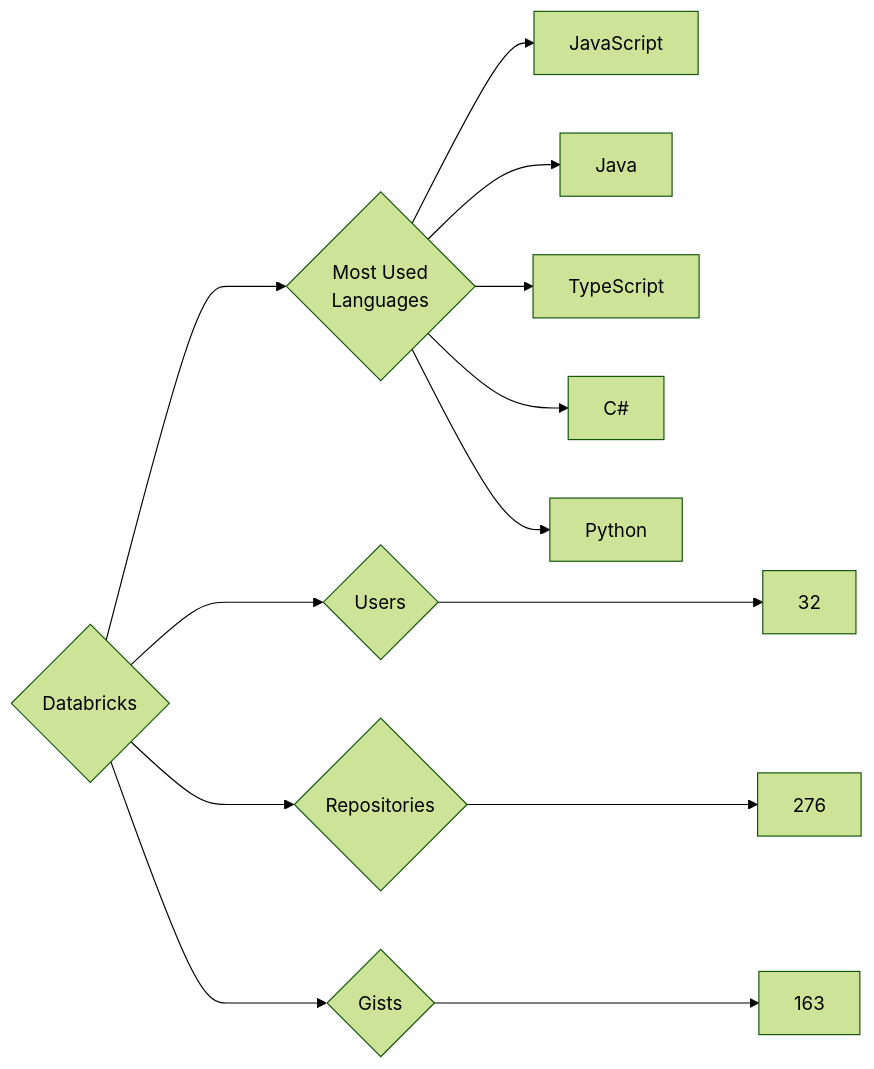
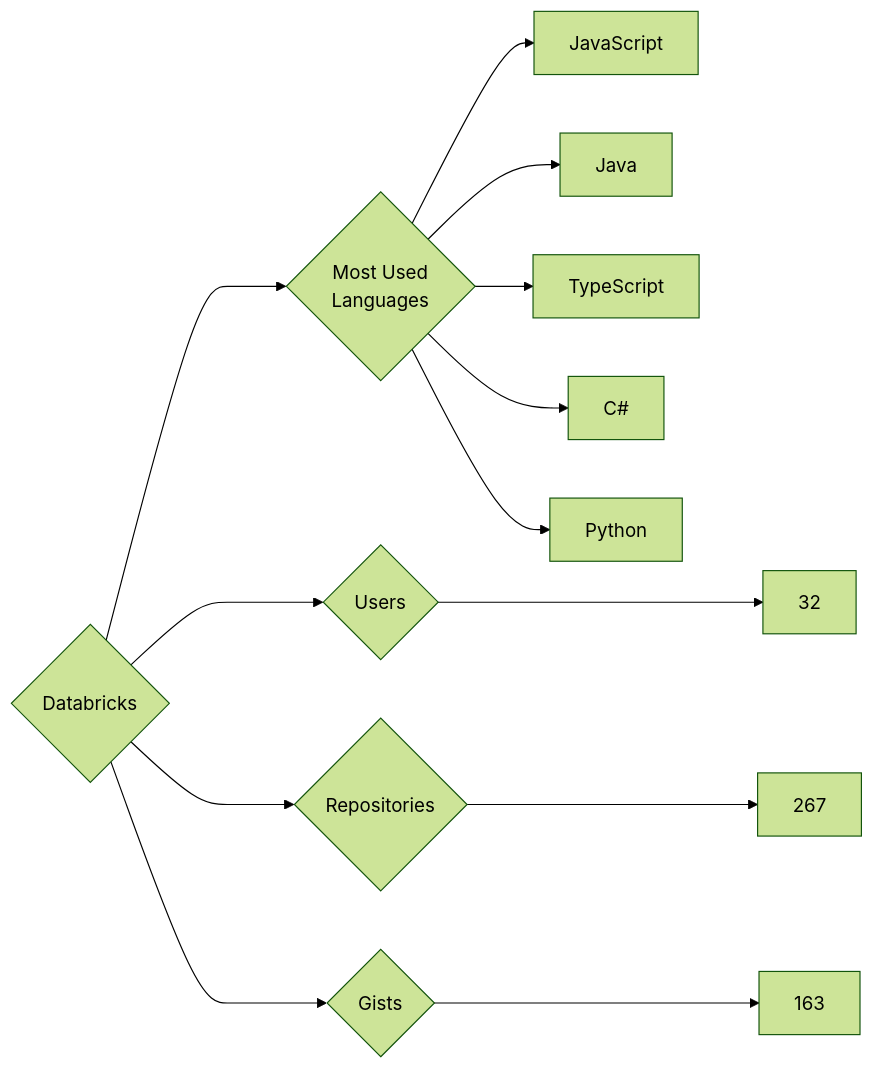
Before and after one commit to trickest/insiders: the diagram in targets/Databricks/README.md, drawn with Mermaid (forest theme). The commit also changed 860 other files, not shown here.

````diff
--- a/targets/Databricks/README.md
+++ b/targets/Databricks/README.md
@@ -3,13 +3,13 @@
 ```mermaid
 graph LR
 COMPANY_NAME{Databricks}
 COMPANY_NAME ---> U{Users} ---> UN[32]
-COMPANY_NAME ---> R{Repositories} ---> RN[276]
+COMPANY_NAME ---> R{Repositories} ---> RN[267]
 COMPANY_NAME ---> G{Gists} ---> GN[163]
 COMPANY_NAME ---> ML{Most Used<br>Languages}
 ML --> JavaScript[JavaScript]
 ML --> Java[Java]
 ML --> TypeScript[TypeScript]
 ML --> C#[C#]
 ML --> Python[Python]
 ```
````
